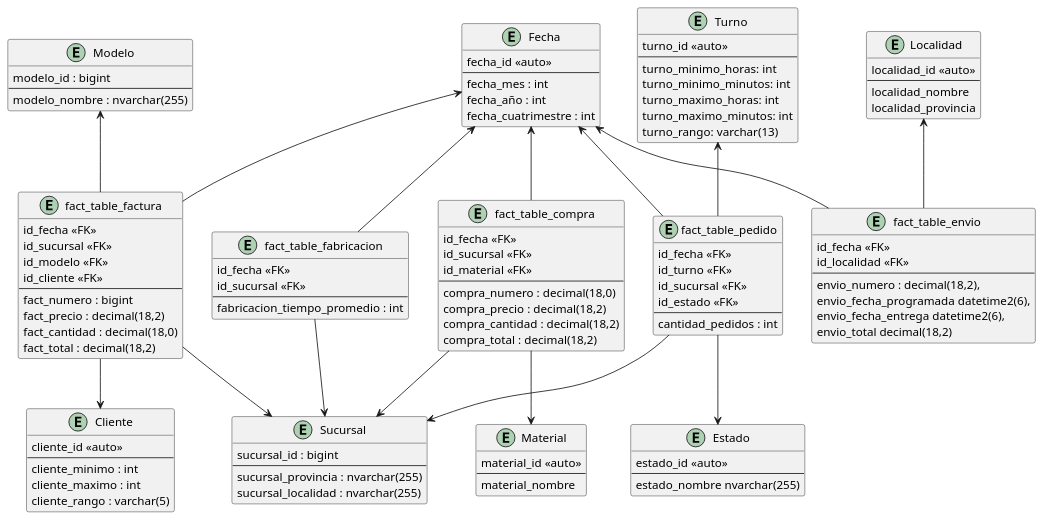
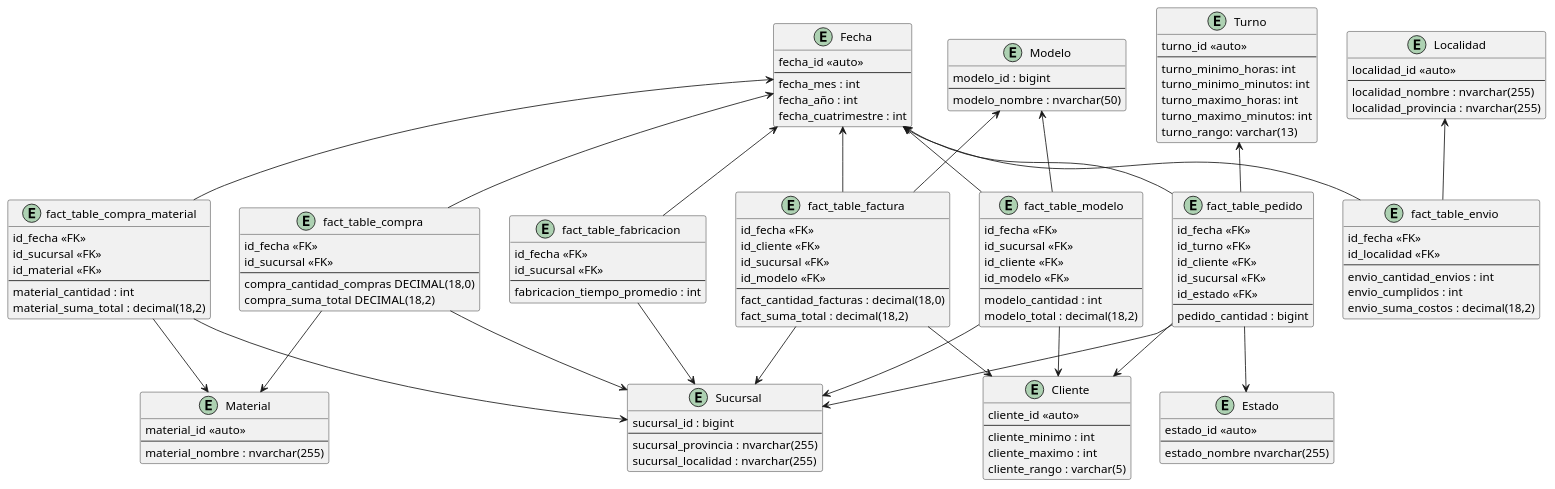
Before and after one commit to JuanManuelRama/BasesDeDatos: the diagram in BI.puml, drawn with PlantUML.

Commit message:
Diagrama

```diff
--- a/BI.puml
+++ b/BI.puml
@@ -1,132 +1,160 @@
 @startuml BI
 hide methods
 
-entity Sucursal {
-    sucursal_id : bigint
+entity Fecha {
+    fecha_id <<auto>>
     --
-    sucursal_provincia : nvarchar(255)
-    sucursal_localidad : nvarchar(255)
+    fecha_mes : int
+    fecha_año : int
+    fecha_cuatrimestre : int
 }
 
 entity Cliente {
     cliente_id <<auto>>
     --
     cliente_minimo : int
     cliente_maximo : int
     cliente_rango : varchar(5)
 }
 
+entity Sucursal {
+    sucursal_id : bigint
+    --
+    sucursal_provincia : nvarchar(255)
+    sucursal_localidad : nvarchar(255)
+}
+
 entity Modelo {
     modelo_id : bigint
     --
-    modelo_nombre : nvarchar(255)
-}
-
-entity Fecha {
-    fecha_id <<auto>>
-    --
-    fecha_mes : int
-    fecha_año : int
-    fecha_cuatrimestre : int
+    modelo_nombre : nvarchar(50)
 }
 
 entity Material {
     material_id <<auto>>
     --
-    material_nombre
+    material_nombre : nvarchar(255)
 }
 
 entity Turno {
     turno_id <<auto>>
     --
     turno_minimo_horas: int
     turno_minimo_minutos: int
     turno_maximo_horas: int
     turno_maximo_minutos: int
     turno_rango: varchar(13)
 }
 
 entity Localidad {
     localidad_id <<auto>>
     --
-    localidad_nombre
-    localidad_provincia
+    localidad_nombre : nvarchar(255)
+    localidad_provincia : nvarchar(255)
 }
 
 entity Estado {
     estado_id <<auto>>
     --
     estado_nombre nvarchar(255)
 }
 
-entity fact_table_factura {
-    id_fecha <<FK>>
-    id_sucursal <<FK>>
-    id_modelo <<FK>>
-    id_cliente <<FK>>
-    --
-    fact_numero : bigint
-    fact_precio : decimal(18,2)
-    fact_cantidad : decimal(18,0)
-    fact_total : decimal(18,2)
-}
+together {
 
-entity fact_table_compra {
-    id_fecha <<FK>>
-    id_sucursal <<FK>>
-    id_material <<FK>>
-    --
-    compra_numero : decimal(18,0)
-    compra_precio : decimal(18,2)
-    compra_cantidad : decimal(18,2)
-    compra_total : decimal(18,2)
-}
+    entity fact_table_factura {
+        id_fecha <<FK>>
+        id_cliente <<FK>>
+        id_sucursal <<FK>>
+        id_modelo <<FK>>
+        --
+        fact_cantidad_facturas : decimal(18,0)
+        fact_suma_total : decimal(18,2)
+    }
 
-entity fact_table_pedido {
-    id_fecha <<FK>>
-    id_turno <<FK>>
-    id_sucursal <<FK>>
-    id_estado <<FK>>
-    --
-    cantidad_pedidos : int
-}
+    entity fact_table_modelo {
+        id_fecha <<FK>>
+        id_sucursal <<FK>>
+        id_cliente <<FK>>
+        id_modelo <<FK>>
+        --
+        modelo_cantidad : int
+        modelo_total : decimal(18,2)
+    }
 
-entity fact_table_envio {
-    id_fecha <<FK>>
-    id_localidad <<FK>>
-    --
-	envio_numero : decimal(18,2),
-	envio_fecha_programada datetime2(6),
-	envio_fecha_entrega datetime2(6),
-	envio_total decimal(18,2)
-}
+    entity fact_table_envio {
+        id_fecha <<FK>>
+        id_localidad <<FK>>
+        --
+        envio_cantidad_envios : int
+        envio_cumplidos : int
+        envio_suma_costos : decimal(18,2)
+    }
 
-entity fact_table_fabricacion {
-    id_fecha <<FK>>
-    id_sucursal <<FK>>
-    --
-    fabricacion_tiempo_promedio : int
+    entity fact_table_compra {
+        id_fecha <<FK>>
+        id_sucursal <<FK>>
+        --
+        compra_cantidad_compras DECIMAL(18,0)
+        compra_suma_total DECIMAL(18,2)
+    }
+
+    entity fact_table_compra_material {
+        id_fecha <<FK>>
+        id_sucursal <<FK>>
+        id_material <<FK>>
+        --
+        material_cantidad : int
+        material_suma_total : decimal(18,2)
+    }
+
+    entity fact_table_pedido {
+        id_fecha <<FK>>
+        id_turno <<FK>>
+        id_cliente <<FK>>
+        id_sucursal <<FK>>
+        id_estado <<FK>>
+        --
+        pedido_cantidad : bigint
+    }
+
+    entity fact_table_fabricacion {
+        id_fecha <<FK>>
+        id_sucursal <<FK>>
+        --
+        fabricacion_tiempo_promedio : int
+    }
+
 }
 
 
+Fecha <-- fact_table_factura
 fact_table_factura --> Cliente
 fact_table_factura --> Sucursal
-Fecha <-- fact_table_factura
 Modelo <-- fact_table_factura
+
+fact_table_modelo --> Fecha
+fact_table_modelo --> Sucursal
+fact_table_modelo --> Cliente
+fact_table_modelo --> Modelo
+
+Fecha <-- fact_table_envio
+Localidad <-- fact_table_envio
 
 Fecha <-- fact_table_compra
 fact_table_compra --> Sucursal
 fact_table_compra --> Material
 
+fact_table_compra_material --> Fecha
+fact_table_compra_material --> Sucursal
+fact_table_compra_material --> Material
+
+Fecha <-- fact_table_pedido
+Turno <-- fact_table_pedido
+fact_table_pedido --> Cliente
 fact_table_pedido --> Sucursal
 fact_table_pedido --> Estado
-Fecha <-- fact_table_pedido
-Turno <-- fact_table_pedido
 
 Fecha <-- fact_table_fabricacion
 fact_table_fabricacion --> Sucursal
 
-Fecha <-- fact_table_envio
-Localidad <-- fact_table_envio
-
 @enduml
```
